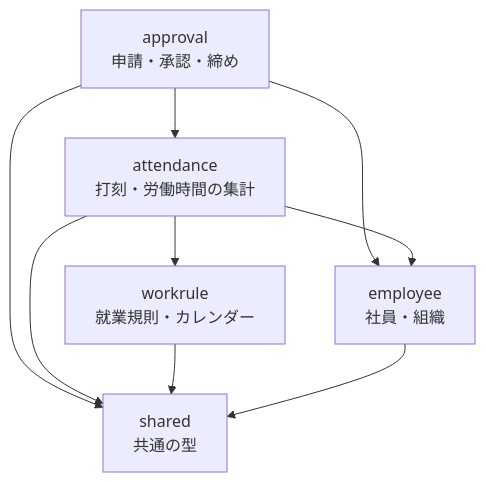
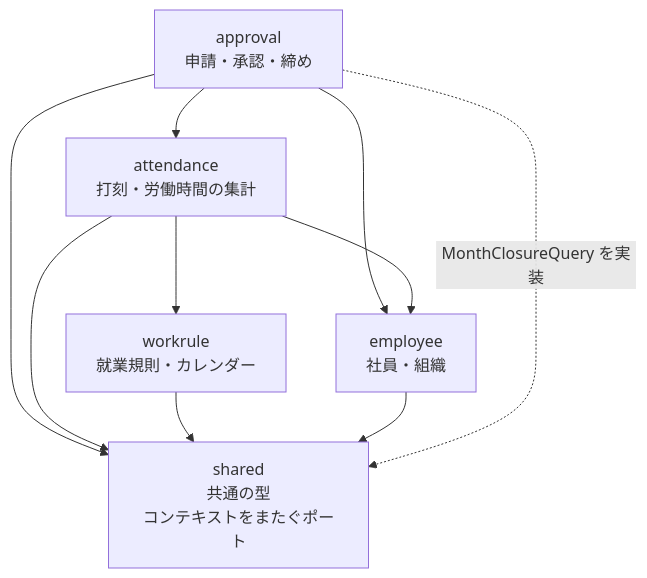
The diagram in doc/02_詳細設計/00_共通/diagrams/コンテキスト間の依存.mmd (masaki-i02/newJavaProject), drawn with Mermaid before and after one commit. The commit also changed 16 other files, not shown here.

```diff
--- a/doc/02_詳細設計/00_共通/diagrams/コンテキスト間の依存.mmd
+++ b/doc/02_詳細設計/00_共通/diagrams/コンテキスト間の依存.mmd
@@ -1,15 +1,17 @@
 flowchart TD
     approval["approval<br/>申請・承認・締め"]
     attendance["attendance<br/>打刻・労働時間の集計"]
     workrule["workrule<br/>就業規則・カレンダー"]
     employee["employee<br/>社員・組織"]
-    shared["shared<br/>共通の型"]
+    shared["shared<br/>共通の型<br/>コンテキストをまたぐポート"]
 
     approval --> attendance
     approval --> employee
     attendance --> workrule
     attendance --> employee
     approval --> shared
     attendance --> shared
     workrule --> shared
     employee --> shared
+
+    approval -. "MonthClosureQuery を実装" .-> shared
```
